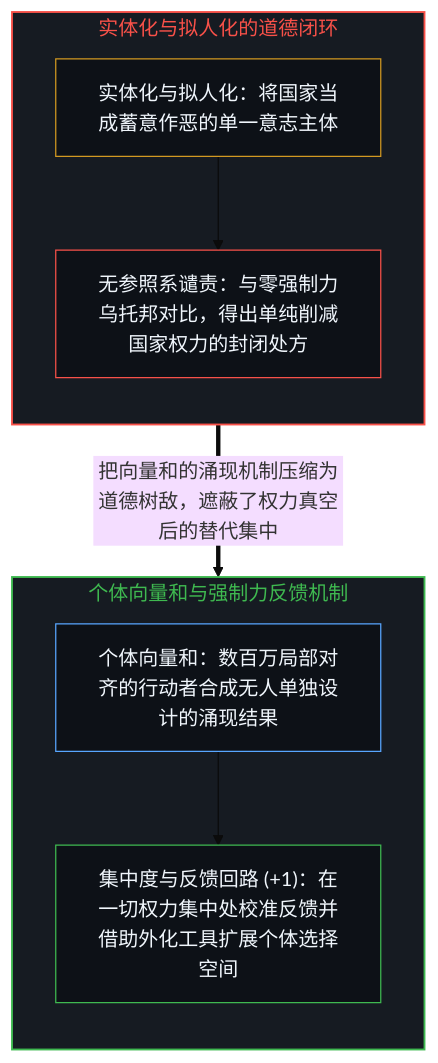
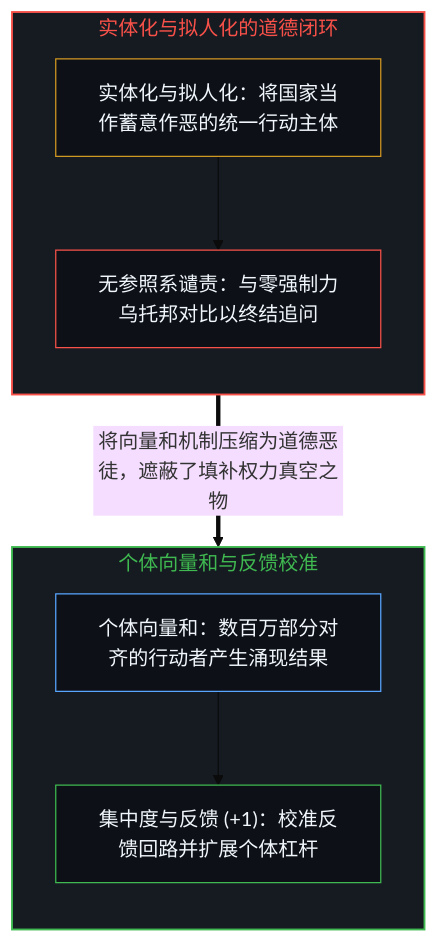
Before and after one commit to powerpig99/not-a-toe: the first of 2 diagrams in content/posts/mises-state-analysis.md, drawn with Mermaid (base theme). The commit also changed other lines of this file and 6 other files, not shown here.

````diff
--- a/content/posts/mises-state-analysis.md
+++ b/content/posts/mises-state-analysis.md
@@ -17,22 +17,22 @@
 ```mermaid
 flowchart TD
     subgraph S_Reify["实体化与拟人化的道德闭环"]
         direction TB
-        Entity["实体化与拟人化：将国家当成蓄意作恶的单一意志主体"]
-        Utopia["无参照系谴责：与零强制力乌托邦对比，得出单纯削减国家权力的封闭处方"]
+        Entity["实体化与拟人化：将国家当作蓄意作恶的统一行动主体"]
+        Utopia["无参照系谴责：与零强制力乌托邦对比以终结追问"]
         Entity --> Utopia
     end
-    subgraph S_Vector["个体向量和与强制力反馈机制"]
+    subgraph S_Vector["个体向量和与反馈校准"]
         direction TB
-        Sum["个体向量和：数百万局部对齐的行动者合成无人单独设计的涌现结果"]
-        Feedback["集中度与反馈回路 (+1)：在一切权力集中处校准反馈并借助外化工具扩展个体选择空间"]
+        Sum["个体向量和：数百万部分对齐的行动者产生涌现结果"]
+        Feedback["集中度与反馈 (+1)：校准反馈回路并扩展个体杠杆"]
         Sum --> Feedback
     end
-    Utopia ==>|"把向量和的涌现机制压缩为道德树敌，遮蔽了权力真空后的替代集中"| Sum
+    Utopia ==>|"将向量和机制压缩为道德恶徒，遮蔽了填补权力真空之物"| Sum
     style S_Reify fill:#161b22,stroke:#f85149,stroke-width:1.5px,color:#f85149
     style S_Vector fill:#161b22,stroke:#3fb950,stroke-width:1.5px,color:#3fb950
     style Entity fill:#0d1117,stroke:#d29922,stroke-width:1px,color:#f0f6fc
     style Utopia fill:#0d1117,stroke:#f85149,stroke-width:1px,color:#f0f6fc
     style Sum fill:#0d1117,stroke:#58a6ff,stroke-width:1px,color:#f0f6fc
     style Feedback fill:#0d1117,stroke:#3fb950,stroke-width:1px,color:#f0f6fc
 ```
````
